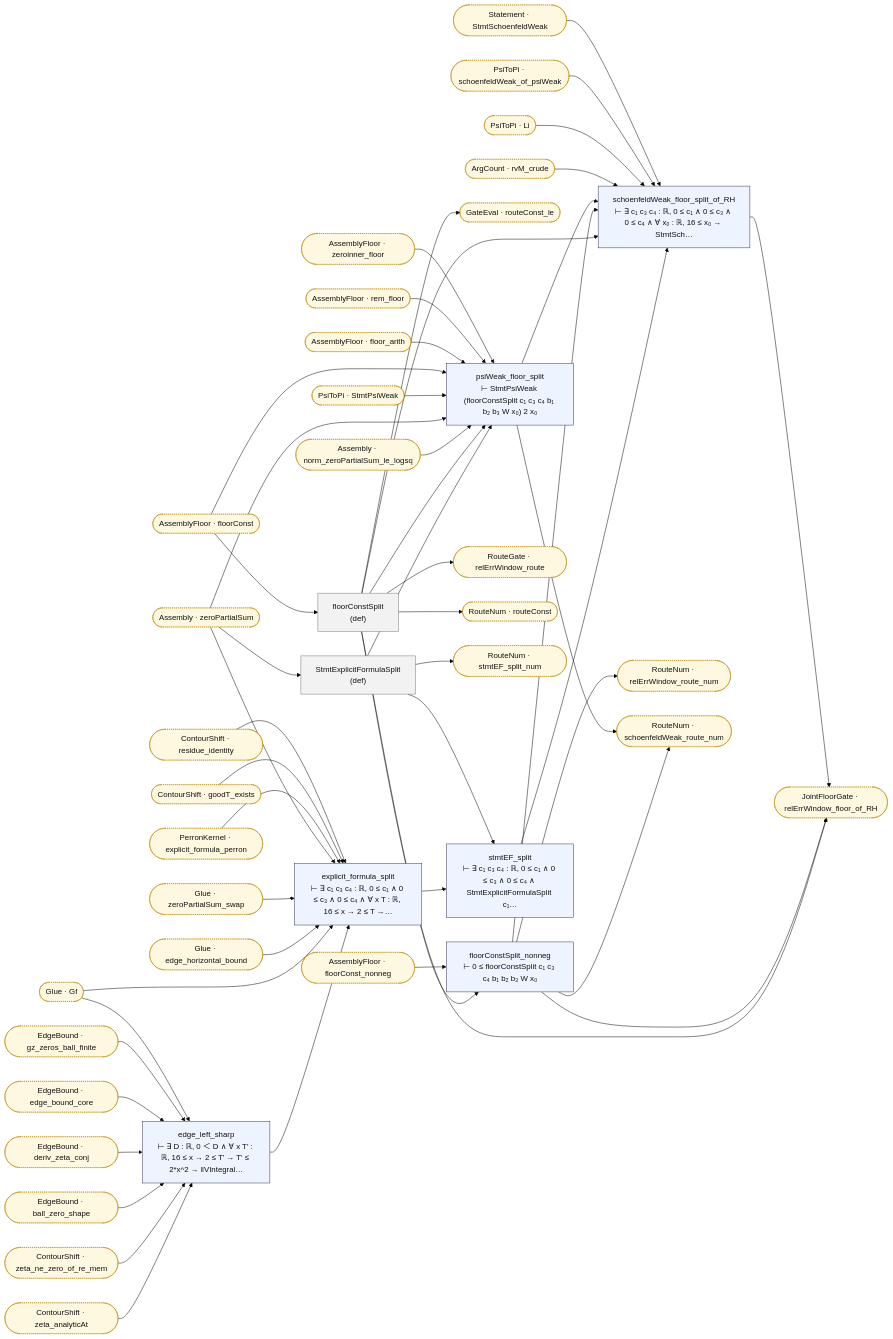
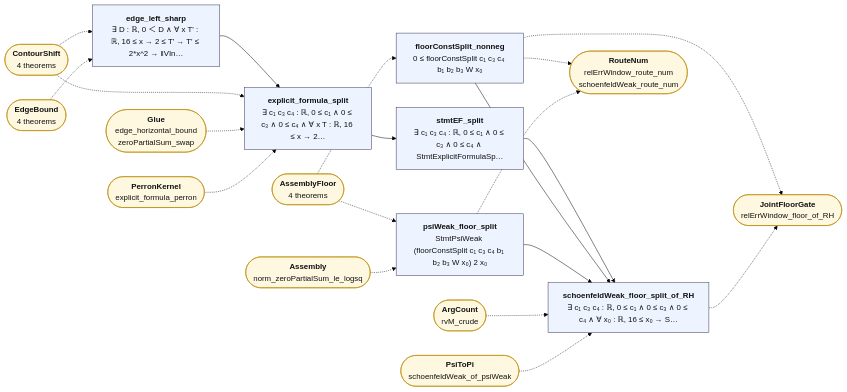
The diagram in map/lean_stage3/GlueFloor.mmd (juliansambranojr/Primebeat_081426), drawn with Mermaid (forest theme) before and after one commit. The commit also changed 387 other files, not shown here.

```diff
--- a/map/lean_stage3/GlueFloor.mmd
+++ b/map/lean_stage3/GlueFloor.mmd
@@ -1,94 +1,41 @@
 flowchart LR
-  n0["edge_left_sharp<br/>⊢ ∃ D : ℝ, 0 ＜ D ∧ ∀ x T' : ℝ, 16 ≤ x → 2 ≤ T' → T' ≤ 2*x^2 → ‖VIntegral…"]:::thm
-  n1["explicit_formula_split<br/>⊢ ∃ c₁ c₃ c₄ : ℝ, 0 ≤ c₁ ∧ 0 ≤ c₃ ∧ 0 ≤ c₄ ∧ ∀ x T : ℝ, 16 ≤ x → 2 ≤ T →…"]:::thm
-  n2["StmtExplicitFormulaSplit<br/>(def)"]:::dfn
-  n3["stmtEF_split<br/>⊢ ∃ c₁ c₃ c₄ : ℝ, 0 ≤ c₁ ∧ 0 ≤ c₃ ∧ 0 ≤ c₄ ∧ StmtExplicitFormulaSplit c₁…"]:::thm
-  n4["floorConstSplit<br/>(def)"]:::dfn
-  n5["floorConstSplit_nonneg<br/>⊢ 0 ≤ floorConstSplit c₁ c₃ c₄ b₁ b₂ b₃ W x₀"]:::thm
-  n6["psiWeak_floor_split<br/>⊢ StmtPsiWeak (floorConstSplit c₁ c₃ c₄ b₁ b₂ b₃ W x₀) 2 x₀"]:::thm
-  n7["schoenfeldWeak_floor_split_of_RH<br/>⊢ ∃ c₁ c₃ c₄ : ℝ, 0 ≤ c₁ ∧ 0 ≤ c₃ ∧ 0 ≤ c₄ ∧ ∀ x₀ : ℝ, 16 ≤ x₀ → StmtSch…"]:::thm
-  x0(["ArgCount · rvM_crude"]):::ext
-  x1(["Assembly · norm_zeroPartialSum_le_logsq"]):::ext
-  x2(["Assembly · zeroPartialSum"]):::ext
-  x3(["AssemblyFloor · floorConst"]):::ext
-  x4(["AssemblyFloor · floorConst_nonneg"]):::ext
-  x5(["AssemblyFloor · floor_arith"]):::ext
-  x6(["AssemblyFloor · rem_floor"]):::ext
-  x7(["AssemblyFloor · zeroinner_floor"]):::ext
-  x8(["ContourShift · goodT_exists"]):::ext
-  x9(["ContourShift · residue_identity"]):::ext
-  x10(["ContourShift · zeta_analyticAt"]):::ext
-  x11(["ContourShift · zeta_ne_zero_of_re_mem"]):::ext
-  x12(["EdgeBound · ball_zero_shape"]):::ext
-  x13(["EdgeBound · deriv_zeta_conj"]):::ext
-  x14(["EdgeBound · edge_bound_core"]):::ext
-  x15(["EdgeBound · gz_zeros_ball_finite"]):::ext
-  x16(["GateEval · routeConst_le"]):::ext
-  x17(["Glue · Gf"]):::ext
-  x18(["Glue · edge_horizontal_bound"]):::ext
-  x19(["Glue · zeroPartialSum_swap"]):::ext
-  x20(["JointFloorGate · relErrWindow_floor_of_RH"]):::ext
-  x21(["PerronKernel · explicit_formula_perron"]):::ext
-  x22(["PsiToPi · Li"]):::ext
-  x23(["PsiToPi · StmtPsiWeak"]):::ext
-  x24(["PsiToPi · schoenfeldWeak_of_psiWeak"]):::ext
-  x25(["RouteGate · relErrWindow_route"]):::ext
-  x26(["RouteNum · relErrWindow_route_num"]):::ext
-  x27(["RouteNum · routeConst"]):::ext
-  x28(["RouteNum · schoenfeldWeak_route_num"]):::ext
-  x29(["RouteNum · stmtEF_split_num"]):::ext
-  x30(["Statement · StmtSchoenfeldWeak"]):::ext
+  n0["<b>edge_left_sharp</b><br/>∃ D : ℝ, 0 ＜ D ∧ ∀ x T' : ℝ, 16 ≤ x → 2 ≤ T' → T' ≤ 2*x^2 → ‖VIn…"]:::thm
+  n1["<b>explicit_formula_split</b><br/>∃ c₁ c₃ c₄ : ℝ, 0 ≤ c₁ ∧ 0 ≤ c₃ ∧ 0 ≤ c₄ ∧ ∀ x T : ℝ, 16 ≤ x → 2…"]:::thm
+  n2["<b>stmtEF_split</b><br/>∃ c₁ c₃ c₄ : ℝ, 0 ≤ c₁ ∧ 0 ≤ c₃ ∧ 0 ≤ c₄ ∧ StmtExplicitFormulaSp…"]:::thm
+  n3["<b>floorConstSplit_nonneg</b><br/>0 ≤ floorConstSplit c₁ c₃ c₄ b₁ b₂ b₃ W x₀"]:::thm
+  n4["<b>psiWeak_floor_split</b><br/>StmtPsiWeak (floorConstSplit c₁ c₃ c₄ b₁ b₂ b₃ W x₀) 2 x₀"]:::thm
+  n5["<b>schoenfeldWeak_floor_split_of_RH</b><br/>∃ c₁ c₃ c₄ : ℝ, 0 ≤ c₁ ∧ 0 ≤ c₃ ∧ 0 ≤ c₄ ∧ ∀ x₀ : ℝ, 16 ≤ x₀ → S…"]:::thm
+  x0(["<b>ContourShift</b><br/>4 theorems"]):::ext
+  x1(["<b>EdgeBound</b><br/>4 theorems"]):::ext
+  x2(["<b>Glue</b><br/>edge_horizontal_bound<br/>zeroPartialSum_swap"]):::ext
+  x3(["<b>PerronKernel</b><br/>explicit_formula_perron"]):::ext
+  x4(["<b>AssemblyFloor</b><br/>4 theorems"]):::ext
+  x5(["<b>JointFloorGate</b><br/>relErrWindow_floor_of_RH"]):::ext
+  x6(["<b>RouteNum</b><br/>relErrWindow_route_num<br/>schoenfeldWeak_route_num"]):::ext
+  x7(["<b>Assembly</b><br/>norm_zeroPartialSum_le_logsq"]):::ext
+  x8(["<b>ArgCount</b><br/>rvM_crude"]):::ext
+  x9(["<b>PsiToPi</b><br/>schoenfeldWeak_of_psiWeak"]):::ext
   n0 --> n1
-  n1 --> n3
-  n2 --> n3
-  n2 --> n6
-  n2 --> x29
-  n3 --> n7
+  n1 --> n2
+  n2 --> n5
+  n3 --> n5
   n4 --> n5
-  n4 --> n6
-  n4 --> n7
-  n4 --> x16
-  n4 --> x20
-  n4 --> x25
-  n4 --> x27
-  n5 --> n7
-  n5 --> x20
-  n5 --> x26
-  n5 --> x28
-  n6 --> n7
-  n6 --> x28
-  n7 --> x20
-  x0 --> n7
-  x1 --> n6
-  x10 --> n0
-  x11 --> n0
-  x12 --> n0
-  x13 --> n0
-  x14 --> n0
-  x15 --> n0
-  x17 --> n0
-  x17 --> n1
-  x18 --> n1
-  x19 --> n1
-  x2 --> n1
-  x2 --> n2
-  x2 --> n6
-  x21 --> n1
-  x22 --> n7
-  x23 --> n6
-  x24 --> n7
-  x3 --> n4
-  x3 --> n6
-  x30 --> n7
-  x4 --> n5
-  x5 --> n6
-  x6 --> n6
-  x7 --> n6
-  x8 --> n1
-  x9 --> n1
+  n3 -.-> x5
+  n3 -.-> x6
+  n4 -.-> x6
+  n5 -.-> x5
+  x0 -.-> n0
+  x0 -.-> n1
+  x1 -.-> n0
+  x2 -.-> n1
+  x3 -.-> n1
+  x4 -.-> n3
+  x4 -.-> n4
+  x7 -.-> n4
+  x8 -.-> n5
+  x9 -.-> n5
   classDef thm fill:#eef4ff,stroke:#335,color:#111
-  classDef dfn fill:#f2f2f2,stroke:#777,color:#111
   classDef end_ fill:#e7f7e7,stroke:#2a7,color:#111,stroke-width:2px
   classDef lone fill:#fff,stroke:#999,color:#111,stroke-dasharray:4 3
   classDef bad fill:#ffe5e5,stroke:#c22,color:#111,stroke-width:2px
-  classDef ext fill:#fff8e1,stroke:#b80,color:#111,stroke-dasharray:2 2
+  classDef ext fill:#fff8e1,stroke:#b80,color:#111
```
